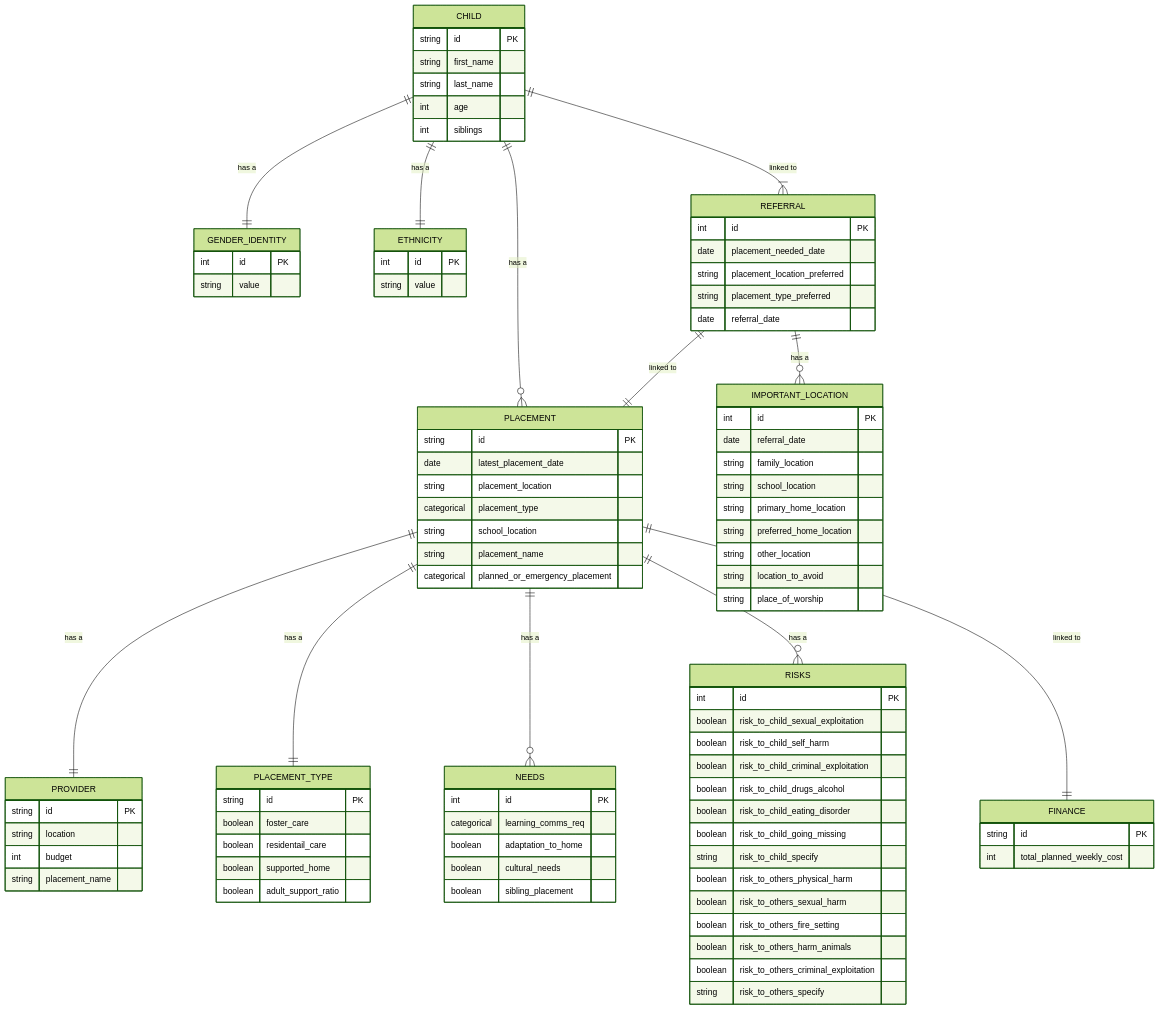
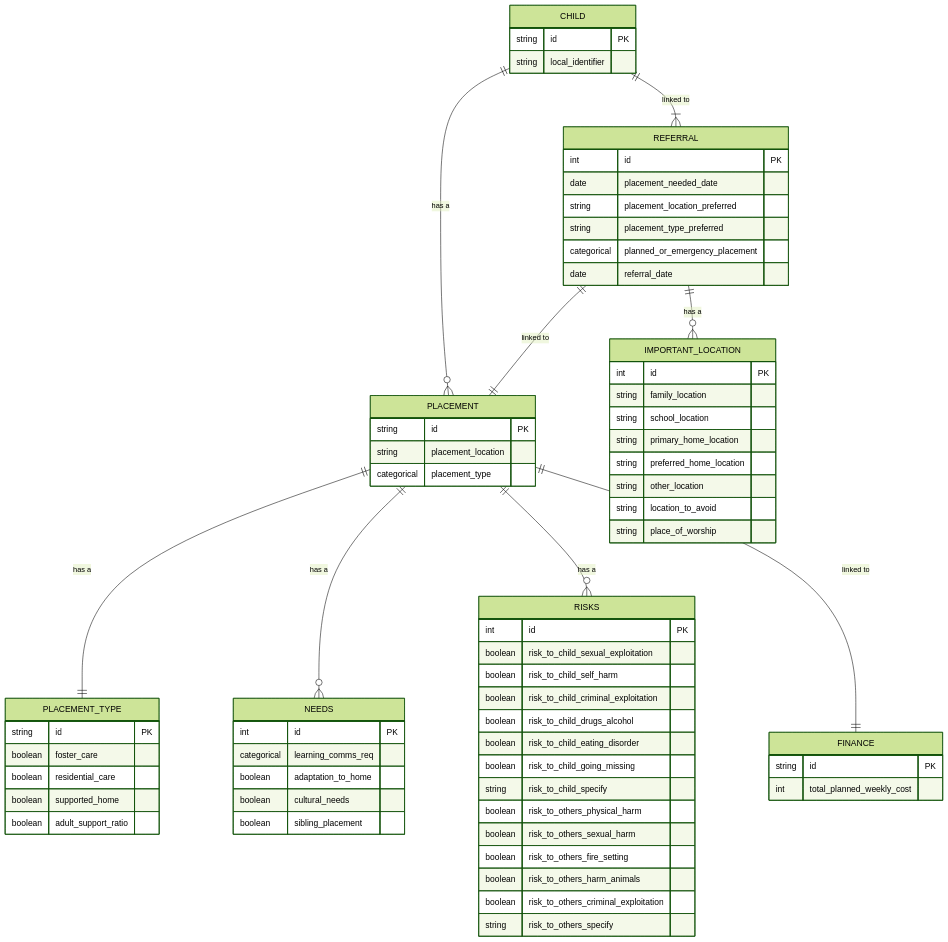
One commit to SocialFinanceDigitalLabs/sw-sufficiency-model changed the diagram in README.md. Above: the diagram before and after it, drawn with Mermaid (forest theme). The commit also changed other lines of this file, not shown here.

````diff
--- a/README.md
+++ b/README.md
@@ -5,9 +5,6 @@
 ```mermaid
 erDiagram
-    CHILD ||--|| GENDER_IDENTITY : "has a"
-    CHILD ||--|| ETHNICITY : "has a"
     CHILD ||--o{ PLACEMENT : "has a"
-    PLACEMENT ||--|| PROVIDER : "has a"
     PLACEMENT ||--|| PLACEMENT_TYPE: "has a"
     REFERRAL ||--|| PLACEMENT : "linked to"
     CHILD ||--|{ REFERRAL : "linked to"
@@ -17,51 +14,30 @@
     PLACEMENT ||--|| FINANCE : "linked to"
     CHILD {
         string id PK
-        string first_name
-        string last_name
-        int age
-        int siblings
-    }
-    ETHNICITY {
-        int id PK
-        string value
-    }
-    GENDER_IDENTITY {
-        int id PK
-        string value
+        string local_identifier
     }
     PLACEMENT {
         string id PK
-        date latest_placement_date
         string placement_location
         categorical placement_type
-        string school_location
-        string placement_name
-        categorical planned_or_emergency_placement
     }
     PLACEMENT_TYPE {
         string id PK
         boolean foster_care
-        boolean residentail_care
+        boolean residential_care
         boolean supported_home
         boolean adult_support_ratio
-    }
-    PROVIDER {
-        string id PK
-        string location
-        int budget
-        string placement_name
     }
     REFERRAL {
         int id PK
         date placement_needed_date
         string placement_location_preferred
         string placement_type_preferred
+        categorical planned_or_emergency_placement
         date referral_date
     }
     IMPORTANT_LOCATION {
         int id PK
-        date referral_date
         string family_location
         string school_location
         string primary_home_location
````
